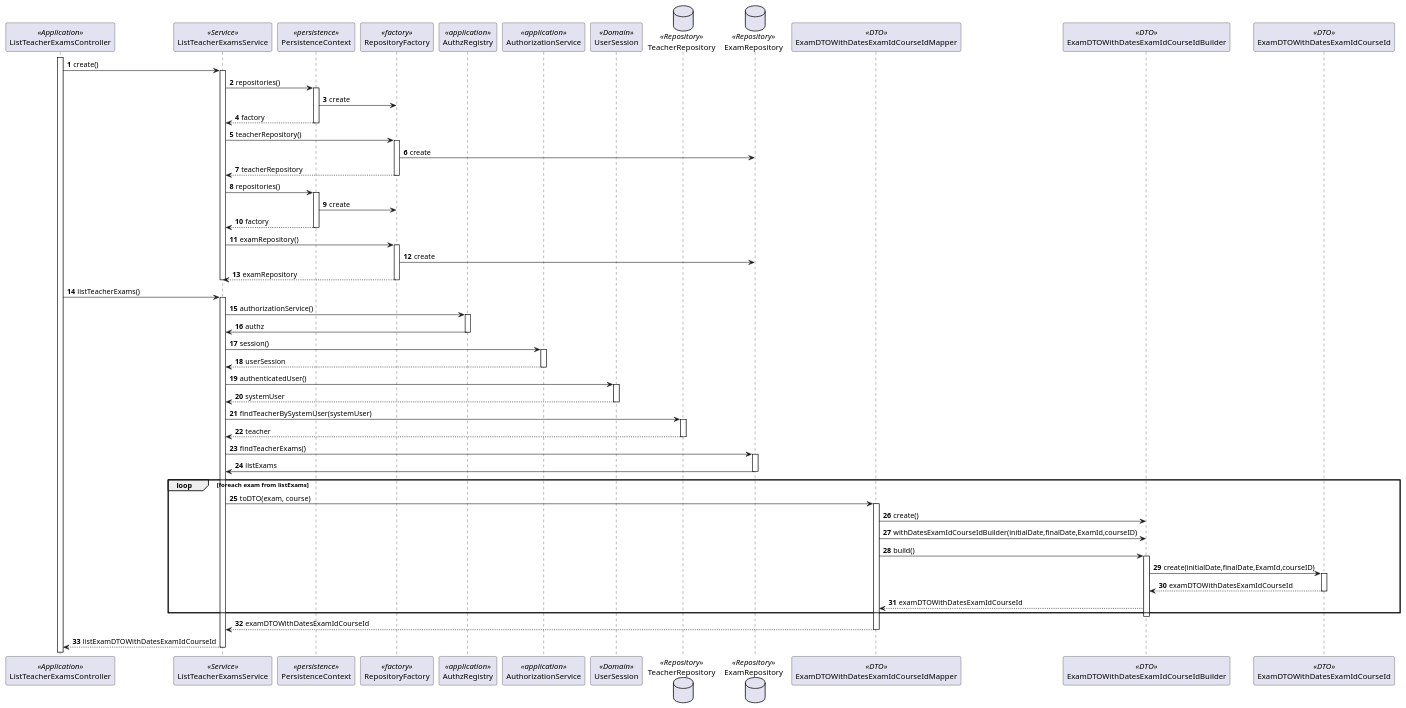
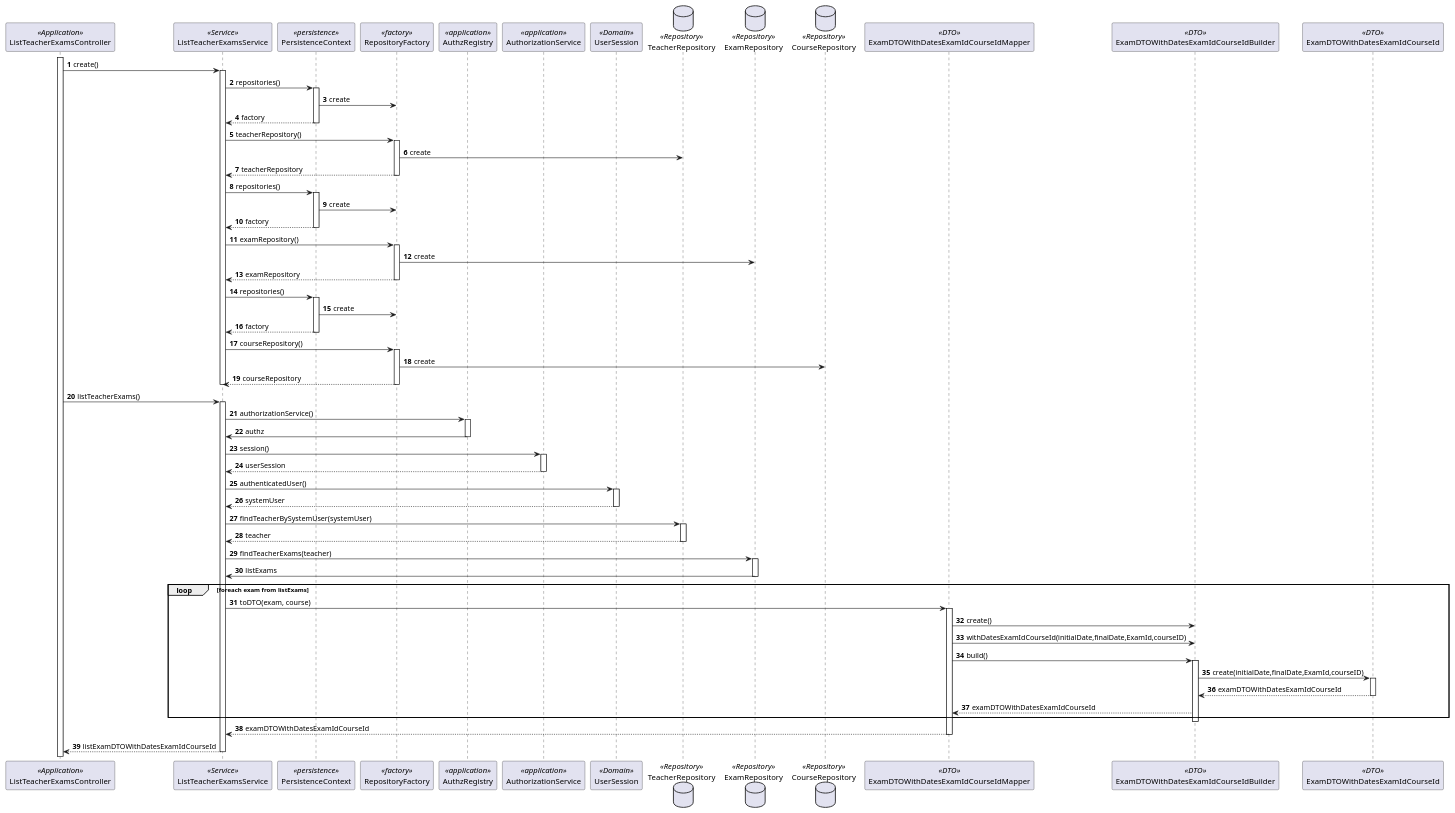
The diagram in docs/Sprint_B/us_2001/SD_ListTeacherExamsController.puml (Marco-Nobrega-Andrade/sem4pi_22_23), drawn with PlantUML before and after one commit. The commit also changed 5 other files, not shown here.

```diff
--- a/docs/Sprint_B/us_2001/SD_ListTeacherExamsController.puml
+++ b/docs/Sprint_B/us_2001/SD_ListTeacherExamsController.puml
@@ -1,97 +1,108 @@
 @startuml
 'https://plantuml.com/sequence-diagram
 
 autonumber
 
 participant "ListTeacherExamsController" as ctrl <<Application>>
 participant "ListTeacherExamsService" as service <<Service>>
 
 participant PersistenceContext as persistence <<persistence>>
 participant RepositoryFactory as repFactory <<factory>>
 
 participant AuthzRegistry as auth <<application>>
 participant AuthorizationService as authSV <<application>>
 participant UserSession as userSe <<Domain>>
 
 
 
 database "TeacherRepository" as teaRep <<Repository>>
 database ExamRepository as examRep <<Repository>>
+database CourseRepository as courseRep <<Repository>>
 
 participant "ExamDTOWithDatesExamIdCourseIdMapper" as em <<DTO>>
 participant "ExamDTOWithDatesExamIdCourseIdBuilder" as builder <<DTO>>
 participant "ExamDTOWithDatesExamIdCourseId" as dto <<DTO>>
 
 
 
 
 
 activate ctrl
 ctrl ->service: create()
 activate service
 service -> persistence: repositories()
 activate persistence
 persistence -> repFactory: create
 persistence --> service: factory
 deactivate persistence
 service -> repFactory: teacherRepository()
 activate repFactory
-repFactory -> examRep: create
+repFactory -> teaRep: create
 repFactory --> service: teacherRepository
 deactivate repFactory
 service -> persistence: repositories()
 activate persistence
 persistence -> repFactory: create
 persistence --> service: factory
 deactivate persistence
 service -> repFactory: examRepository()
 activate repFactory
 repFactory -> examRep: create
 repFactory --> service: examRepository
+deactivate repFactory
+service -> persistence: repositories()
+activate persistence
+persistence -> repFactory: create
+persistence --> service: factory
+deactivate persistence
+service -> repFactory: courseRepository()
+activate repFactory
+repFactory -> courseRep: create
+repFactory --> service: courseRepository
 deactivate repFactory
 deactivate service
 
 ctrl -> service: listTeacherExams()
 activate service
 service -> auth: authorizationService()
 activate auth
 auth -> service: authz
 deactivate auth
 service -> authSV: session()
 activate authSV
 authSV --> service: userSession
 deactivate authSV
 service -> userSe: authenticatedUser()
 activate userSe
 userSe --> service : systemUser
 deactivate userSe
 service -> teaRep : findTeacherBySystemUser(systemUser)
 activate teaRep
 teaRep --> service: teacher
 deactivate teaRep
-service -> examRep: findTeacherExams()
+service -> examRep: findTeacherExams(teacher)
 activate examRep
 examRep -> service: listExams
 deactivate examRep
 
 loop foreach exam from listExams
 service -> em : toDTO(exam, course)
 activate em
 em -> builder: create()
-em -> builder: withDatesExamIdCourseIdBuilder(initialDate,finalDate,ExamId,courseID)
+em -> builder: withDatesExamIdCourseId(initialDate,finalDate,ExamId,courseID)
 em -> builder: build()
 activate builder
 builder -> dto: create(initialDate,finalDate,ExamId,courseID)
 activate dto
 dto-->builder: examDTOWithDatesExamIdCourseId
 deactivate dto
 builder --> em: examDTOWithDatesExamIdCourseId
 end loop
 deactivate builder
 return examDTOWithDatesExamIdCourseId
 return listExamDTOWithDatesExamIdCourseId
 
 deactivate em
 
 
 @enduml
```
